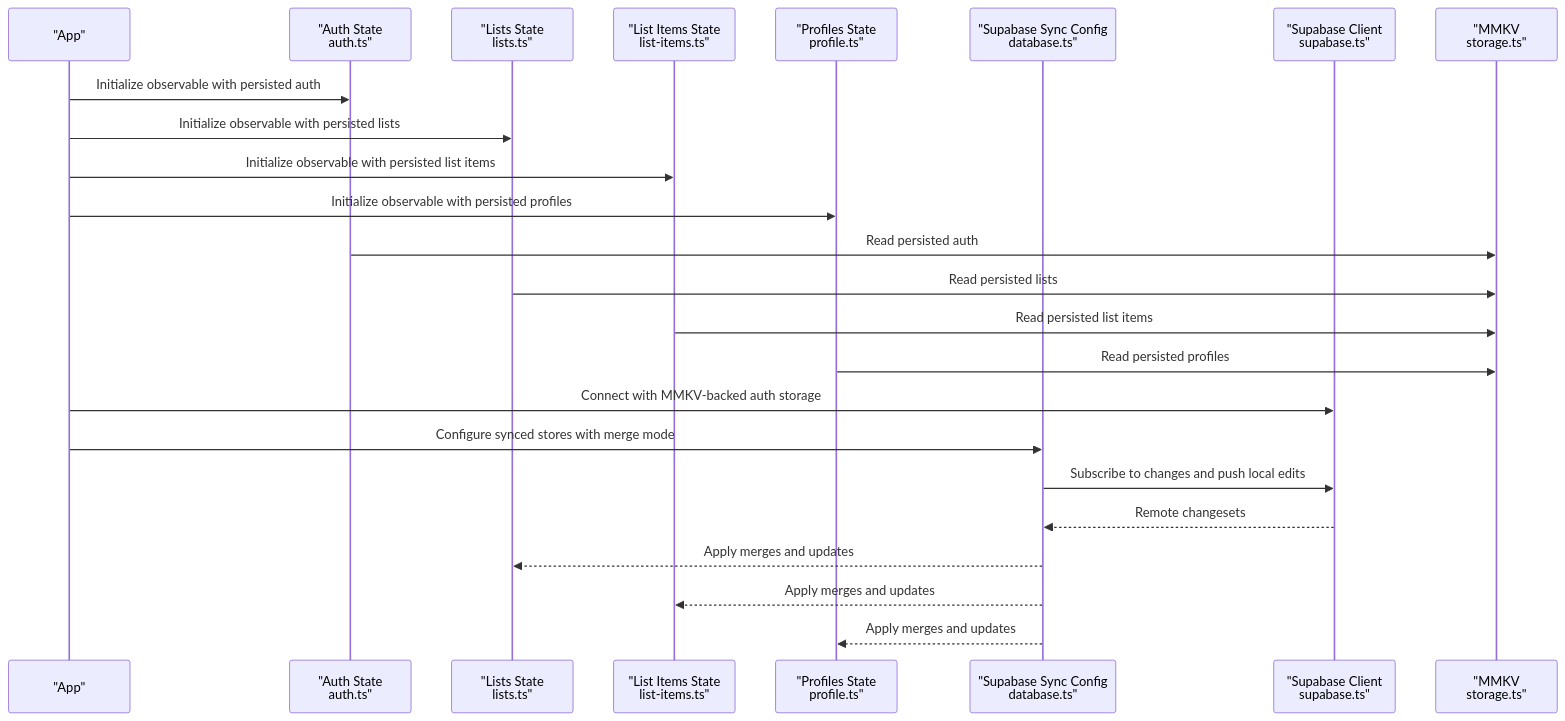
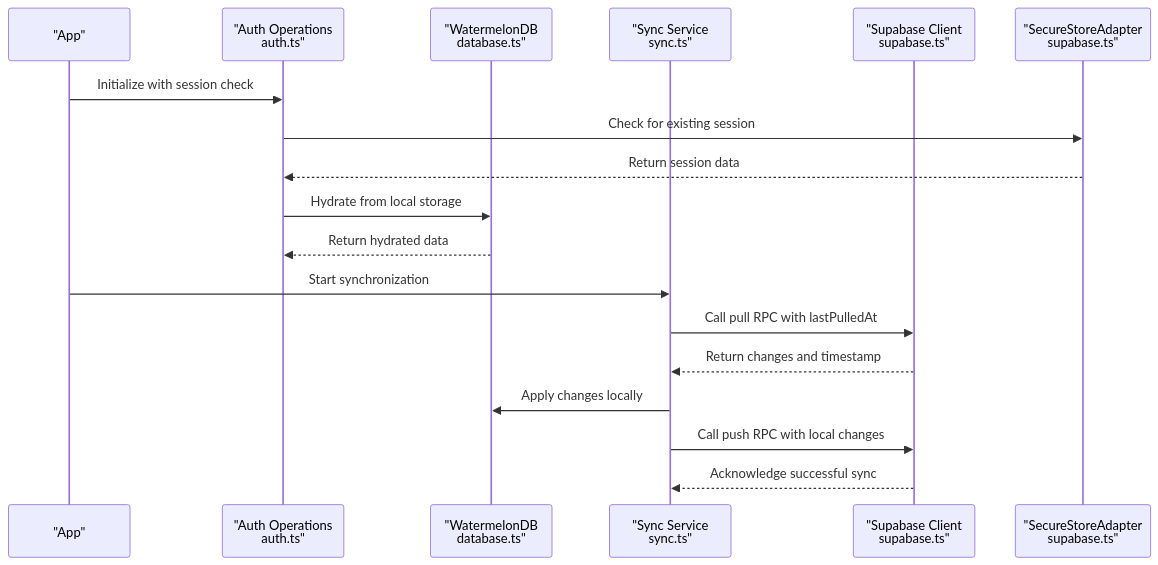
The second of 11 diagrams in .qoder/repowiki/en/content/State Management Architecture/Local Persistence with MMKV.md (karllasouzza/PowerLists), drawn with Mermaid before and after one commit. The commit also changed other lines of this file and 5 other files, not shown here.

````diff
--- a/.qoder/repowiki/en/content/State Management Architecture/Local Persistence with MMKV.md
+++ b/.qoder/repowiki/en/content/State Management Architecture/Local Persistence with MMKV.md
@@ -119,26 +125,20 @@
 ```mermaid
 sequenceDiagram
 participant App as "App"
-participant Auth as "Auth State<br/>auth.ts"
-participant Lists as "Lists State<br/>lists.ts"
-participant Items as "List Items State<br/>list-items.ts"
-participant Profiles as "Profiles State<br/>profile.ts"
-participant SyncCfg as "Supabase Sync Config<br/>database.ts"
+participant Auth as "Auth Operations<br/>auth.ts"
+participant Database as "WatermelonDB<br/>database.ts"
+participant Sync as "Sync Service<br/>sync.ts"
 participant Supabase as "Supabase Client<br/>supabase.ts"
-participant MMKV as "MMKV<br/>storage.ts"
-App->>Auth : Initialize observable with persisted auth
-App->>Lists : Initialize observable with persisted lists
-App->>Items : Initialize observable with persisted list items
-App->>Profiles : Initialize observable with persisted profiles
-Auth->>MMKV : Read persisted auth
-Lists->>MMKV : Read persisted lists
-Items->>MMKV : Read persisted list items
-Profiles->>MMKV : Read persisted profiles
-App->>Supabase : Connect with MMKV-backed auth storage
-App->>SyncCfg : Configure synced stores with merge mode
-SyncCfg->>Supabase : Subscribe to changes and push local edits
-Supabase-->>SyncCfg : Remote changesets
-SyncCfg-->>Lists : Apply merges and updates
-SyncCfg-->>Items : Apply merges and updates
-SyncCfg-->>Profiles : Apply merges and updates
+participant SecureStore as "SecureStoreAdapter<br/>supabase.ts"
+App->>Auth : Initialize with session check
+Auth->>SecureStore : Check for existing session
+SecureStore-->>Auth : Return session data
+Auth->>Database : Hydrate from local storage
+Database-->>Auth : Return hydrated data
+App->>Sync : Start synchronization
+Sync->>Supabase : Call pull RPC with lastPulledAt
+Supabase-->>Sync : Return changes and timestamp
+Sync->>Database : Apply changes locally
+Sync->>Supabase : Call push RPC with local changes
+Supabase-->>Sync : Acknowledge successful sync
 ```
````
